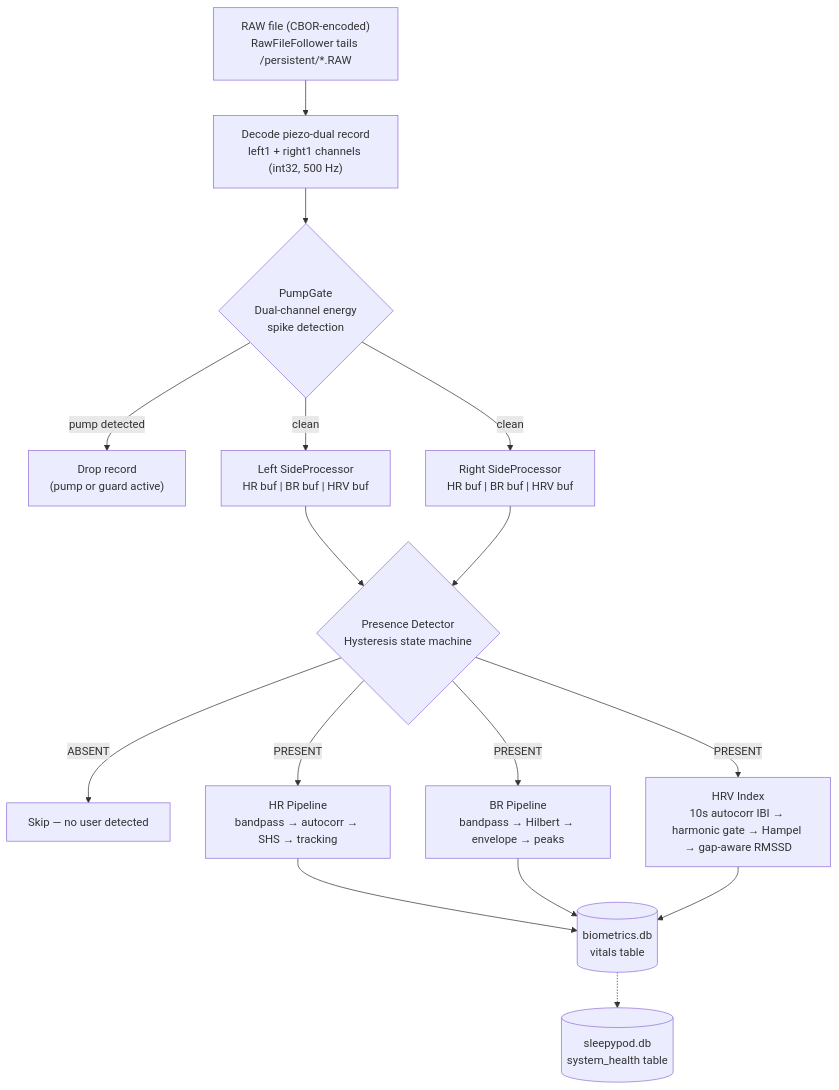
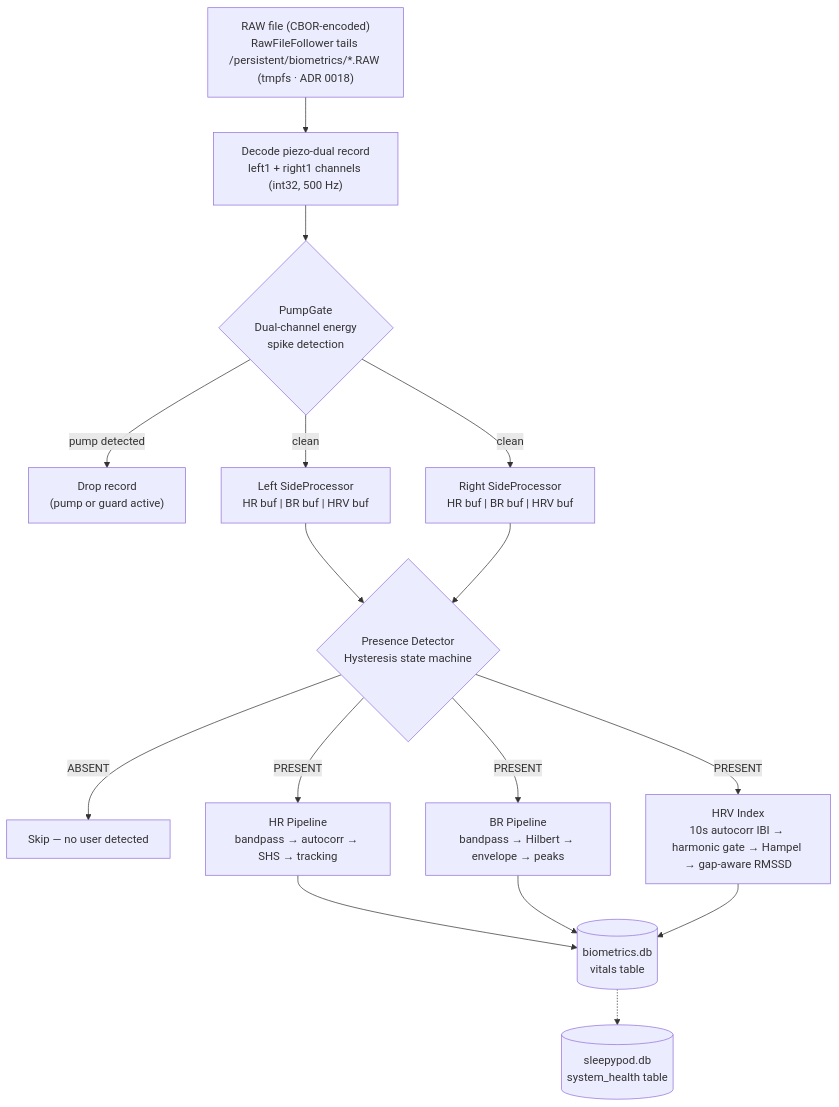
The first of 3 diagrams in docs/piezo-processor.md (sleepypod/core), drawn with Mermaid before and after one commit. The commit also changed 3 other files, not shown here.

First line of the commit message:
docs: surface the biometrics tmpfs layer in architecture diagrams

````diff
--- a/docs/piezo-processor.md
+++ b/docs/piezo-processor.md
@@ -18,35 +18,35 @@
 ```mermaid
 flowchart TD
-    RAW["RAW file (CBOR-encoded)<br/>RawFileFollower tails /persistent/*.RAW"]
+    RAW["RAW file (CBOR-encoded)<br/>RawFileFollower tails /persistent/biometrics/*.RAW (tmpfs · ADR 0018)"]
     DECODE["Decode piezo-dual record<br/>left1 + right1 channels (int32, 500 Hz)"]
     PUMP{"PumpGate<br/>Dual-channel energy<br/>spike detection"}
     DROP["Drop record<br/>(pump or guard active)"]
     LEFT["Left SideProcessor<br/>HR buf | BR buf | HRV buf"]
     RIGHT["Right SideProcessor<br/>HR buf | BR buf | HRV buf"]
 
     PRES{"Presence Detector<br/>Hysteresis state machine"}
     SKIP["Skip — no user detected"]
 
     HR["HR Pipeline<br/>bandpass → autocorr → SHS → tracking"]
     BR["BR Pipeline<br/>bandpass → Hilbert → envelope → peaks"]
     HRV["HRV Index<br/>10s autocorr IBI → harmonic gate → Hampel → gap-aware RMSSD"]
 
     DB[("biometrics.db<br/>vitals table")]
     HEALTH[("sleepypod.db<br/>system_health table")]
 
     RAW --> DECODE
     DECODE --> PUMP
     PUMP -- "pump detected" --> DROP
     PUMP -- "clean" --> LEFT
     PUMP -- "clean" --> RIGHT
     LEFT --> PRES
     RIGHT --> PRES
     PRES -- "ABSENT" --> SKIP
     PRES -- "PRESENT" --> HR
     PRES -- "PRESENT" --> BR
     PRES -- "PRESENT" --> HRV
     HR --> DB
     BR --> DB
     HRV --> DB
     DB -.-> HEALTH
 ```
````
